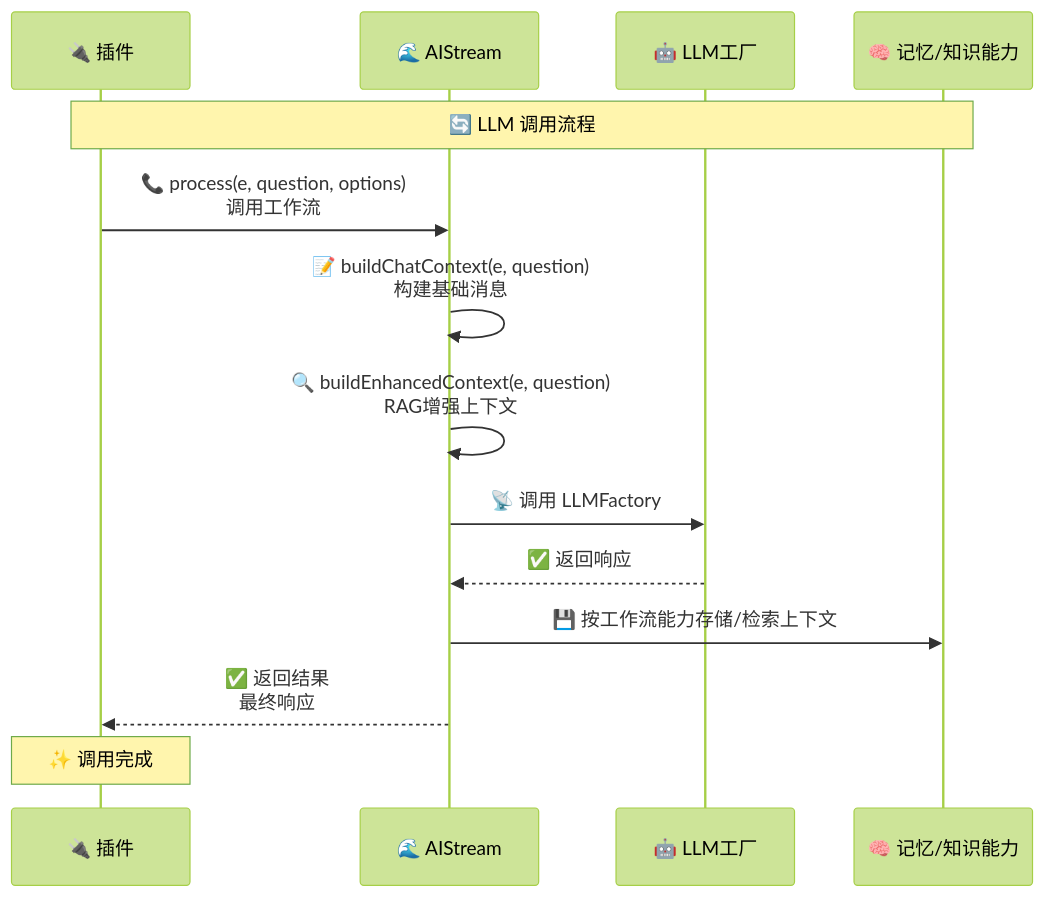
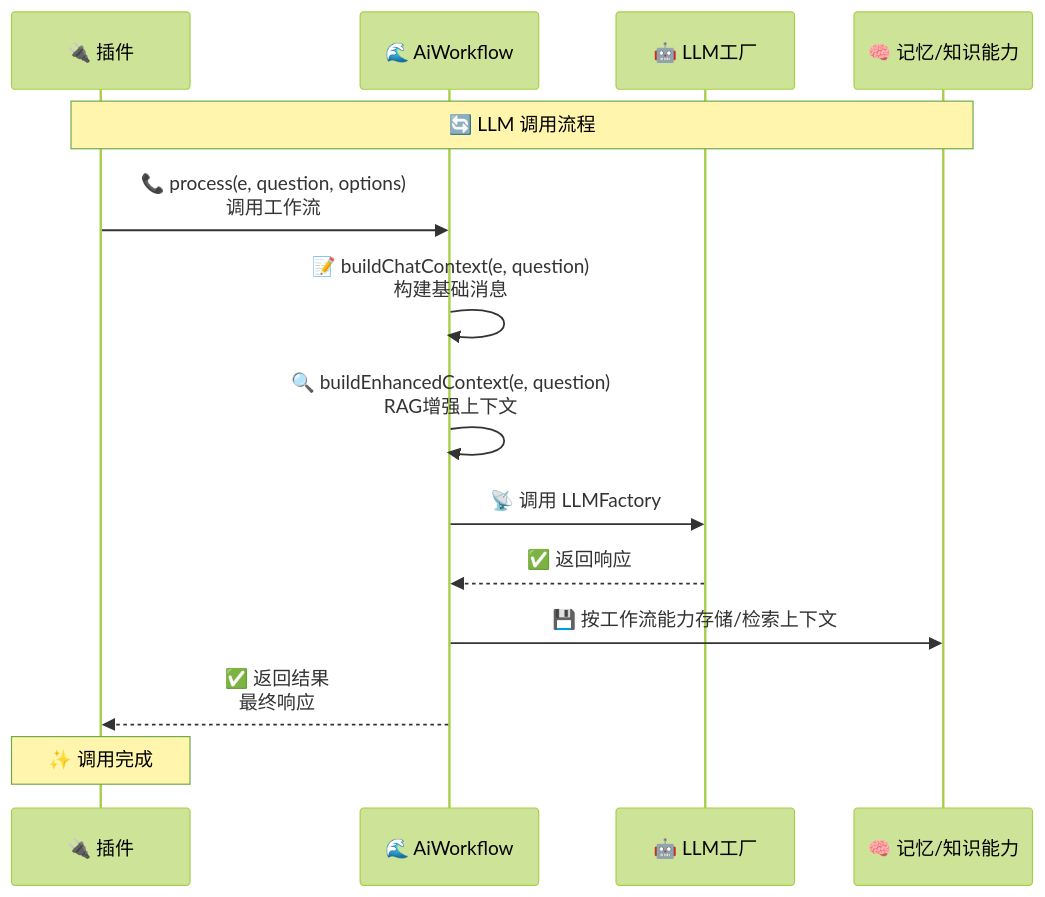
One commit to sunflowermm/XRK-AGT changed the diagram in docs/aistream.md. Above: the diagram before and after it, drawn with Mermaid (forest theme). The commit also changed other lines of this file and 315 other files, not shown here.

````diff
--- a/docs/aistream.md
+++ b/docs/aistream.md
@@ -108,19 +108,19 @@
 ```mermaid
 sequenceDiagram
     participant Plugin as 🔌 插件
-    participant Stream as 🌊 AIStream
+    participant Stream as 🌊 AiWorkflow
     participant LLM as 🤖 LLM工厂
     participant Memory as 🧠 记忆/知识能力
     
     Note over Plugin,Memory: 🔄 LLM 调用流程
     
     Plugin->>Stream: 📞 process(e, question, options)<br/>调用工作流
     Stream->>Stream: 📝 buildChatContext(e, question)<br/>构建基础消息
     Stream->>Stream: 🔍 buildEnhancedContext(e, question)<br/>RAG增强上下文
     Stream->>LLM: 📡 调用 LLMFactory
     LLM-->>Stream: ✅ 返回响应
     Stream->>Memory: 💾 按工作流能力存储/检索上下文
     Stream-->>Plugin: ✅ 返回结果<br/>最终响应
     
     Note over Plugin: ✨ 调用完成
 ```
````
